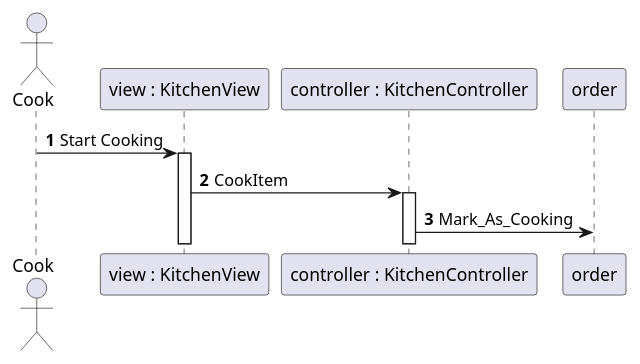
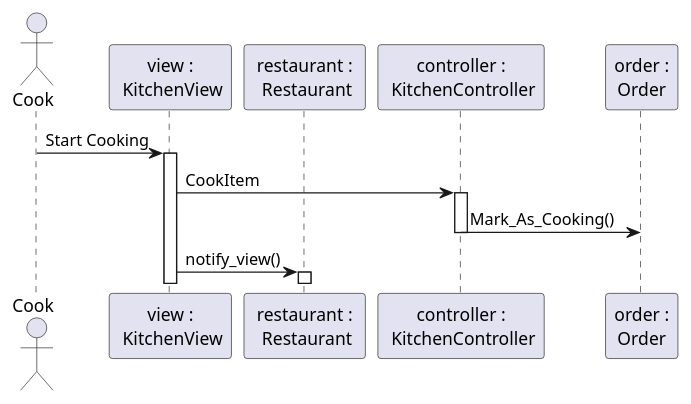
The diagram in PlantUML/StartCooking.puml (grantbrooks18/OORMS_Lab4), drawn with PlantUML before and after one commit.

Commit message:
Wrote StartCooking.puml
This is the commit where we wrote start cooking. I believe this is the completed version

```diff
--- a/PlantUML/StartCooking.puml
+++ b/PlantUML/StartCooking.puml
@@ -1,28 +1,20 @@
 @startuml
 'https://plantuml.com/sequence-diagram
 
-autonumber
+'autonumber
 actor Cook
-participant "view : KitchenView" as view
-participant "controller : KitchenController" as controller
+participant "view :\n KitchenView" as view
+participant "restaurant :\n  Restaurant " as restaurant
+participant "controller :\n KitchenController" as controller
+participant "order :\nOrder" as order
+
 
 Cook -> view ++: Start Cooking
-
 view ->controller++: CookItem
-
-controller->order: Mark_As_Cooking
-
-
-/'
-update the button in the kitchen view
-update The buttons in the server view
-
-
-'/
-
-
+controller->order --: Mark_As_Cooking()
+view -> restaurant ++: notify_view()
 
 
 
 
 @enduml
```
